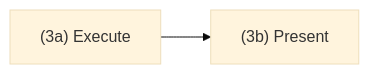
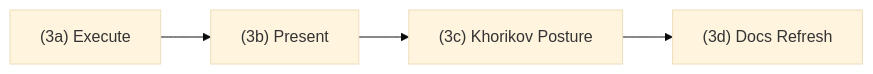
One commit to binaryphile/tandem-protocol changed the third of 3 diagrams in README.md. Above: the diagram before and after it, drawn with Mermaid (base theme). The commit also changed other lines of this file, not shown here.

First line of the commit message:
README: add Phase 3c Khorikov Posture + Phase 3d Documentation Refresh

````diff
--- a/README.md
+++ b/README.md
@@ -198,4 +206,4 @@
 ```mermaid
 flowchart LR
-    A["(3a) Execute"] --> B["(3b) Present"]
+    A["(3a) Execute"] --> B["(3b) Present"] --> C["(3c) Khorikov Posture"] --> D["(3d) Docs Refresh"]
 ```
````
